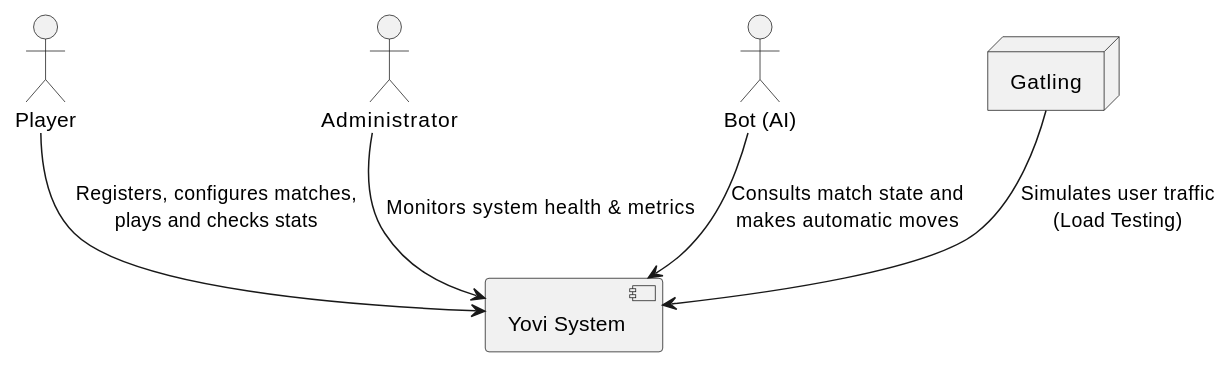
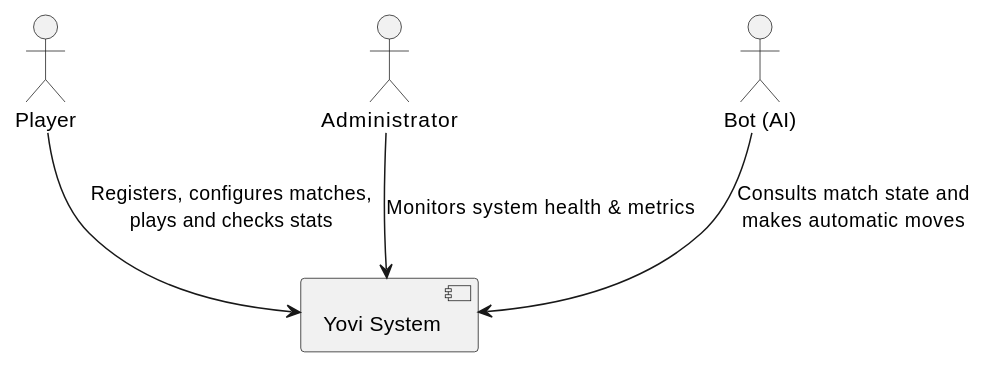
One commit to Arquisoft/yovi_es1a changed the first of 2 diagrams in docs/src/03_context_and_scope.adoc. Above: the diagram before and after it, drawn with PlantUML. The commit also changed other lines of this file, not shown here.

```diff
--- a/docs/src/03_context_and_scope.adoc
+++ b/docs/src/03_context_and_scope.adoc
@@ -27,19 +39,17 @@
 [plantuml]
 ----
 @startuml
 skinparam componentStyle uml2
 
 actor "Player" as player
 actor "Administrator" as admin
 actor "Bot (AI)" as bot
-node "Gatling" as gatling
 
 component  "Yovi System" as yovi
 
 player --> yovi : Registers, configures matches,\nplays and checks stats
 admin --> yovi : Monitors system health & metrics
 bot --> yovi : Consults match state and\nmakes automatic moves
-gatling --> yovi : Simulates user traffic\n(Load Testing)
 
 @enduml
 ----
```
